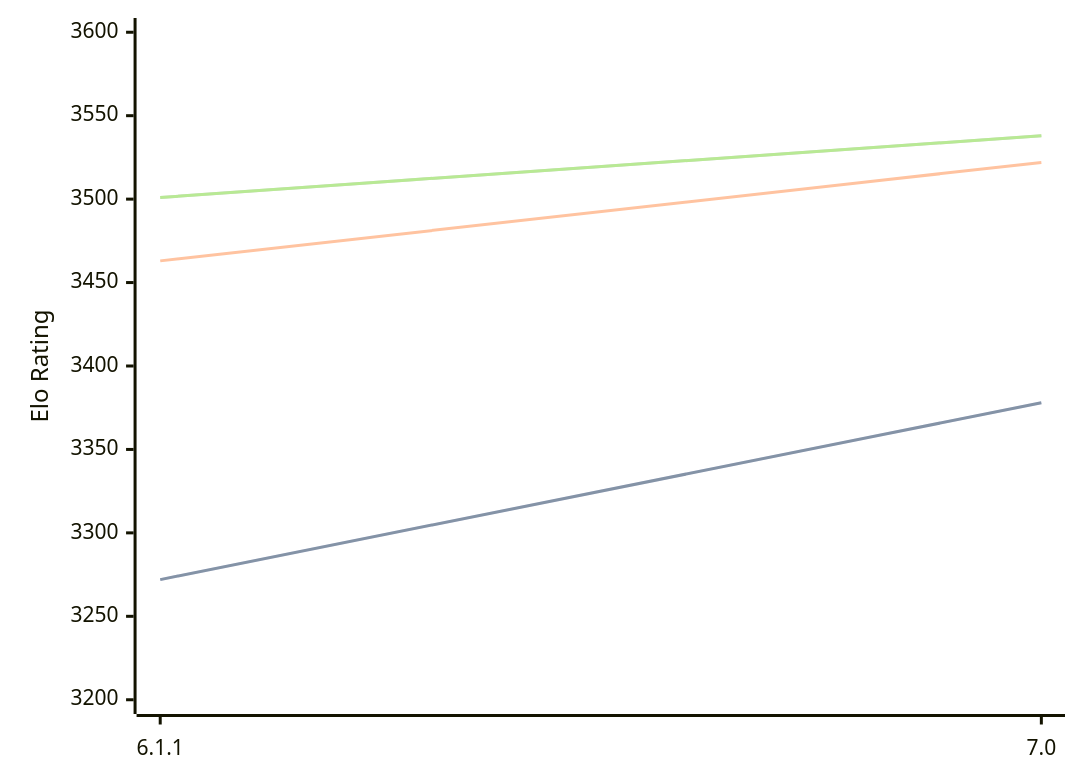
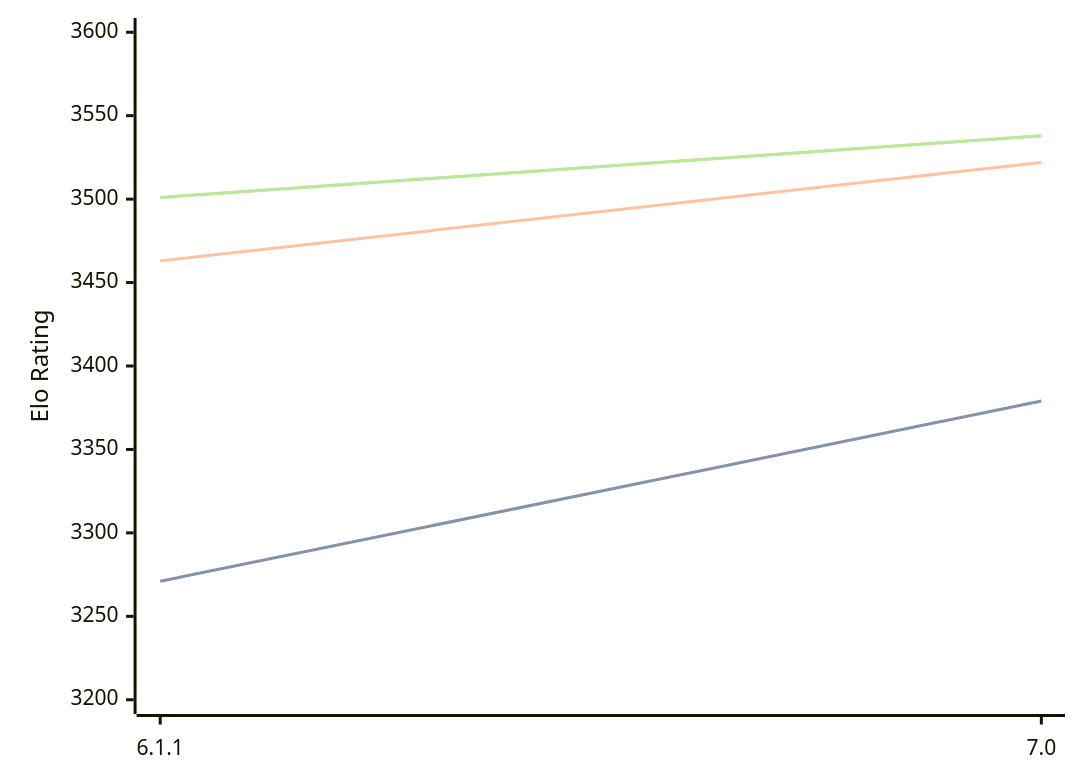
One commit to computer-chess-index/cci changed the diagram in engines/Astra.md. Above: the diagram before and after it, drawn with Mermaid. The commit also changed other lines of this file, not shown here.

````diff
--- a/engines/Astra.md
+++ b/engines/Astra.md
@@ -44,11 +44,11 @@
 ```mermaid
 %%{init: {"theme":"base","themeVariables":{"seriesColors:['#a3a3a3','#222221','#faa371']}}}%%
 xychart-beta
   x-axis ["6.1.1", "7.0"]
   y-axis "Elo Rating" 3200 --> 3600
-  line "STC (8.0+0.08s)" [3272, 3378]
-  line "STC (8.0+0.08s)" [3272, 3378]
+  line "STC (8.0+0.08s)" [3271, 3379]
+  line "STC (8.0+0.08s)" [3271, 3379]
   line "LTC (60.0+0.60s)" [3463, 3522]
   line "VLTC (2m24s+1.12s)" [3501, 3538]
   line "VLTC (2m24s+1.12s)" [3501, 3538]
 ```
````
